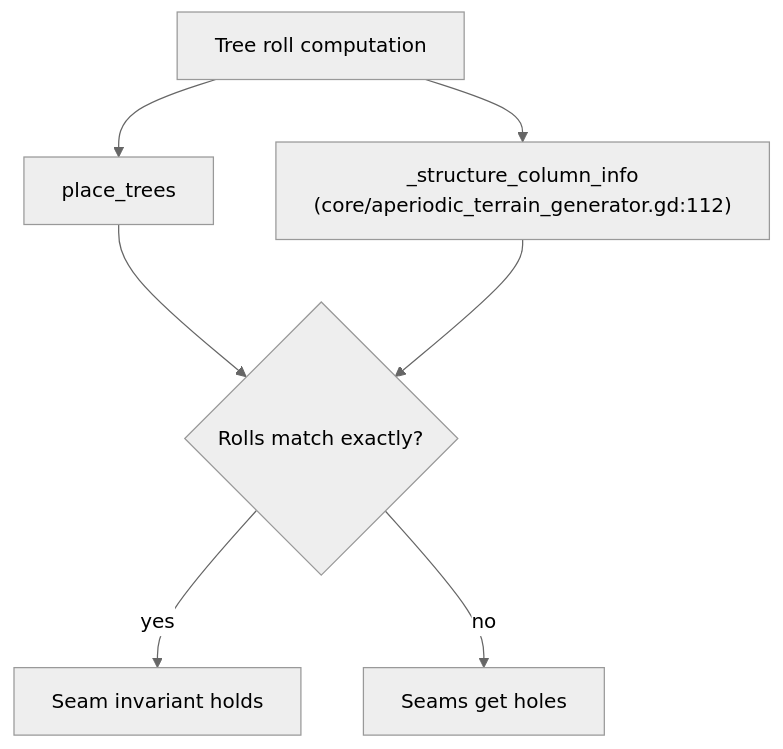
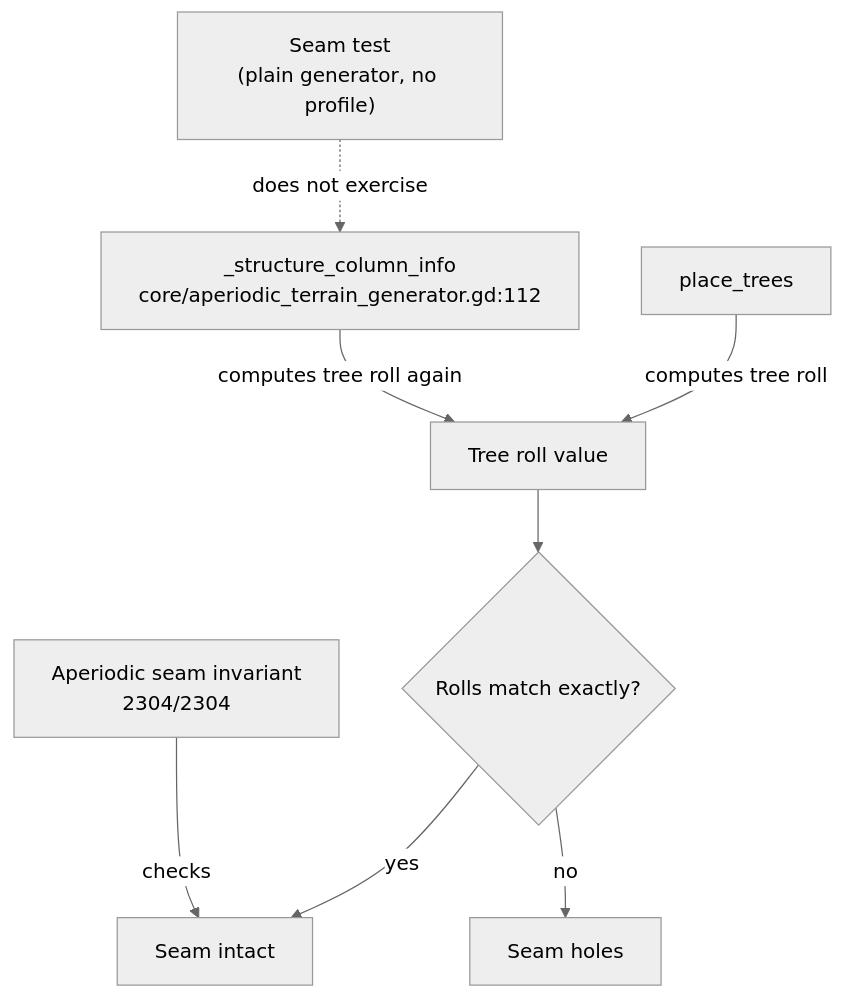
Before and after one commit to hybridindie/wiki-fabric: the diagram in wiki/topics/tree-roll-duplication.md, drawn with Mermaid (neutral theme). The commit also changed other lines of this file and 43 other files, not shown here.

````diff
--- a/wiki/topics/tree-roll-duplication.md
+++ b/wiki/topics/tree-roll-duplication.md
@@ -16,9 +30,10 @@
 ```mermaid
 flowchart TD
-    A[Tree roll computation] --> B[place_trees]
-    A --> C["_structure_column_info<br/>(core/aperiodic_terrain_generator.gd:112)"]
-    B --> D{Rolls match exactly?}
-    C --> D
-    D -- yes --> E[Seam invariant holds]
-    D -- no --> F[Seams get holes]
+    A[place_trees] -->|computes tree roll| C[Tree roll value]
+    B["_structure_column_info<br/>core/aperiodic_terrain_generator.gd:112"] -->|computes tree roll again| C
+    C --> D{Rolls match exactly?}
+    D -->|yes| E[Seam intact]
+    D -->|no| F[Seam holes]
+    G["Seam test<br/>(plain generator, no profile)"] -.->|does not exercise| B
+    H["Aperiodic seam invariant<br/>2304/2304"] -->|checks| E
 ```
````
